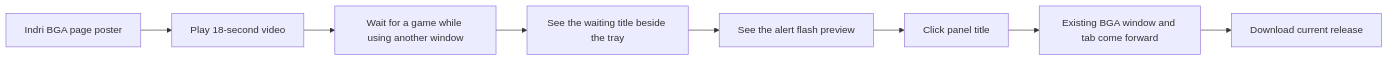
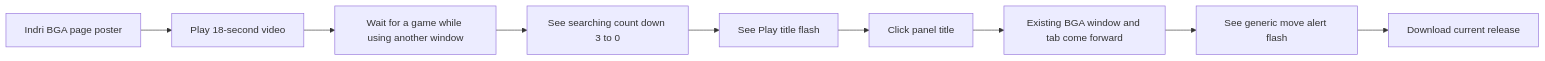
The first of 2 diagrams in docs/plans/2026-10-18-promo-video.md (wbniv/bga-title-tray), drawn with Mermaid before and after one commit. The commit also changed other lines of this file and 5 other files, not shown here.

Commit message:
Show countdown before Play and move alerts in demo

````diff
--- a/docs/plans/2026-10-18-promo-video.md
+++ b/docs/plans/2026-10-18-promo-video.md
@@ -60,10 +60,11 @@
 ```mermaid
 flowchart LR
     A[Indri BGA page poster] --> B[Play 18-second video]
     B --> C[Wait for a game while using another window]
-    C --> D[See the waiting title beside the tray]
-    D --> H[See the alert flash preview]
+    C --> D[See searching count down 3 to 0]
+    D --> H[See Play title flash]
     H --> E[Click panel title]
     E --> F[Existing BGA window and tab come forward]
-    F --> G[Download current release]
+    F --> G[See generic move alert flash]
+    G --> I[Download current release]
 ```
````
